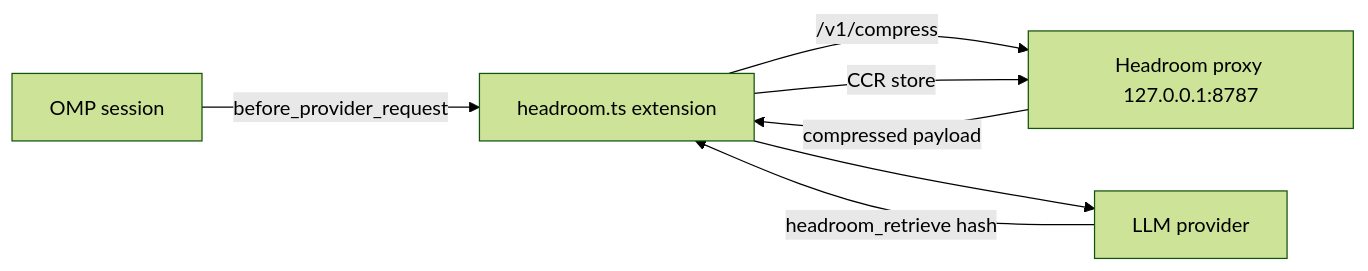
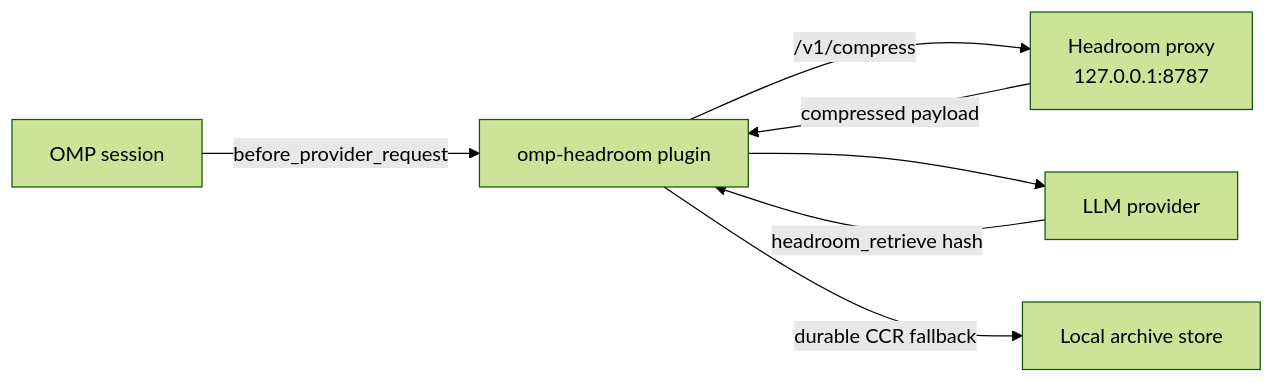
The first of 3 diagrams in .github/README.md (DarkPhilosophy/omp-headroom), drawn with Mermaid (forest theme) before and after one commit. The commit also changed other lines of this file and 47 other files, not shown here.

Commit message:
feat: publish omp-headroom beta

````diff
--- a/.github/README.md
+++ b/.github/README.md
@@ -12,9 +14,9 @@
 ```mermaid
 flowchart LR
-    OMP[OMP session] -->|before_provider_request| EXT[headroom.ts extension]
-    EXT -->|/v1/compress| PROXY[Headroom proxy 127.0.0.1:8787]
-    PROXY -->|compressed payload| EXT
-    EXT --> LLM[LLM provider]
-    LLM -->|headroom_retrieve hash| EXT
-    EXT -->|CCR store| PROXY
+    OMP[OMP session] -->|before_provider_request| PLUGIN[omp-headroom plugin]
+    PLUGIN -->|/v1/compress| PROXY[Headroom proxy\n127.0.0.1:8787]
+    PROXY -->|compressed payload| PLUGIN
+    PLUGIN --> LLM[LLM provider]
+    LLM -->|headroom_retrieve hash| PLUGIN
+    PLUGIN -->|durable CCR fallback| CCR[Local archive store]
 ```
````
